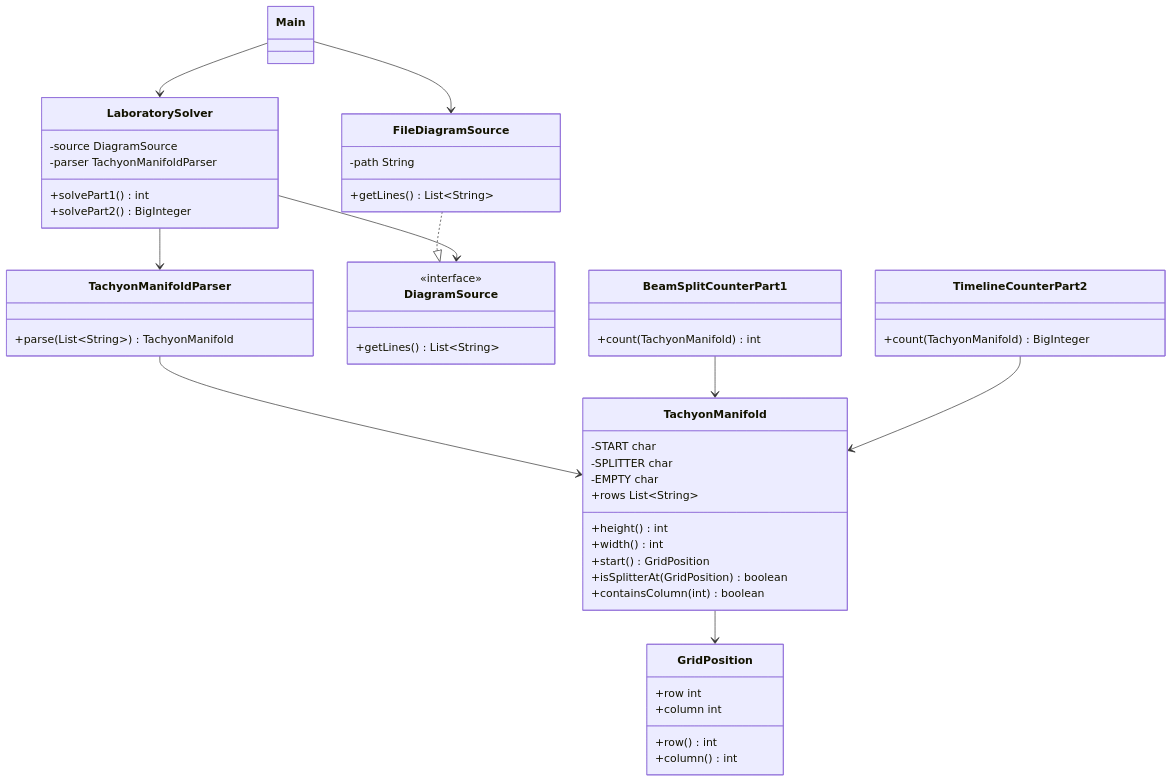
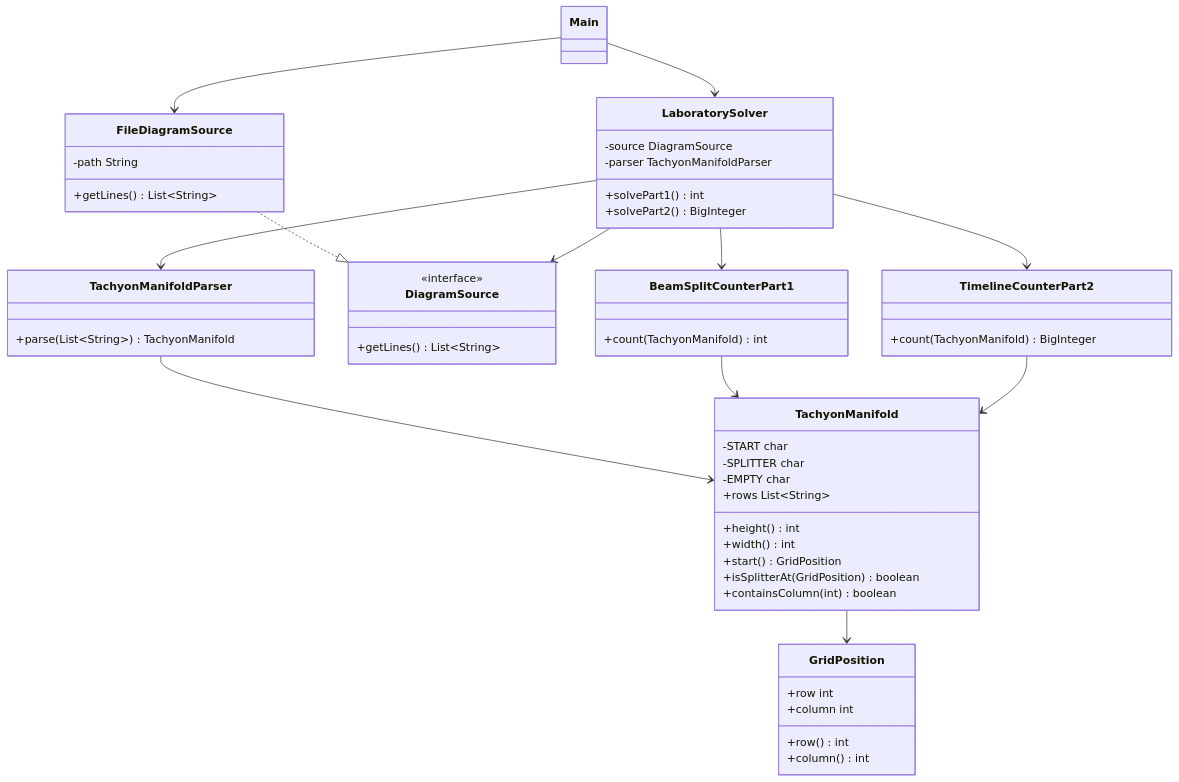
The diagram in dia7/README.md (JavierGlezVel/AoC2025), drawn with Mermaid before and after one commit. The commit also changed 7 other files, not shown here.

````diff
--- a/dia7/README.md
+++ b/dia7/README.md
@@ -272,54 +272,56 @@
 ```mermaid
 classDiagram
     class Main
     class LaboratorySolver {
         -source DiagramSource
         -parser TachyonManifoldParser
         +solvePart1() int
         +solvePart2() BigInteger
     }
     class TachyonManifoldParser {
         +parse(List~String~) TachyonManifold
     }
     class DiagramSource {
         <<interface>>
         +getLines() List~String~
     }
     class FileDiagramSource {
         -path String
         +getLines() List~String~
     }
     class TachyonManifold {
         -START char
         -SPLITTER char
         -EMPTY char
         +rows List~String~
         +height() int
         +width() int
         +start() GridPosition
         +isSplitterAt(GridPosition) boolean
         +containsColumn(int) boolean
     }
     class GridPosition {
         +row int
         +column int
         +row() int
         +column() int
     }
     class BeamSplitCounterPart1 {
         +count(TachyonManifold) int
     }
     class TimelineCounterPart2 {
         +count(TachyonManifold) BigInteger
     }
 
     Main --> LaboratorySolver
     Main --> FileDiagramSource
     FileDiagramSource ..|> DiagramSource
     LaboratorySolver --> DiagramSource
     LaboratorySolver --> TachyonManifoldParser
+    LaboratorySolver --> BeamSplitCounterPart1
+    LaboratorySolver --> TimelineCounterPart2
     TachyonManifoldParser --> TachyonManifold
     TachyonManifold --> GridPosition
     BeamSplitCounterPart1 --> TachyonManifold
     TimelineCounterPart2 --> TachyonManifold
 ```
````
